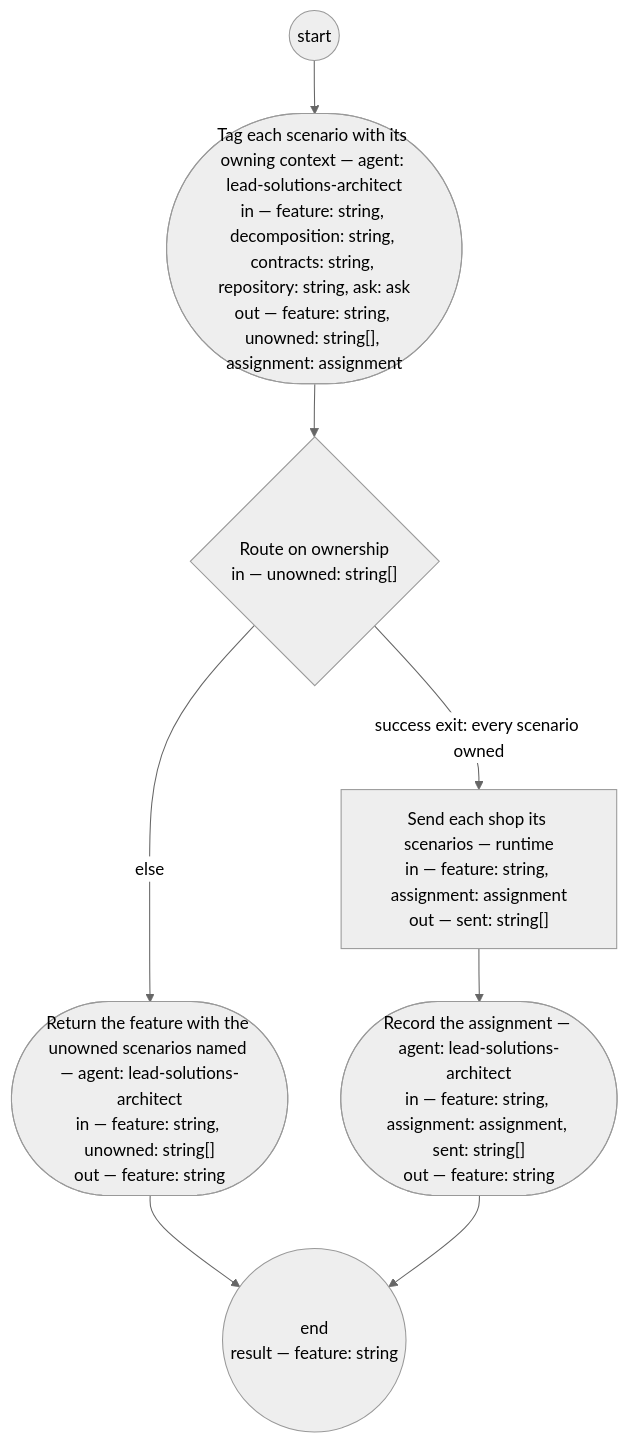
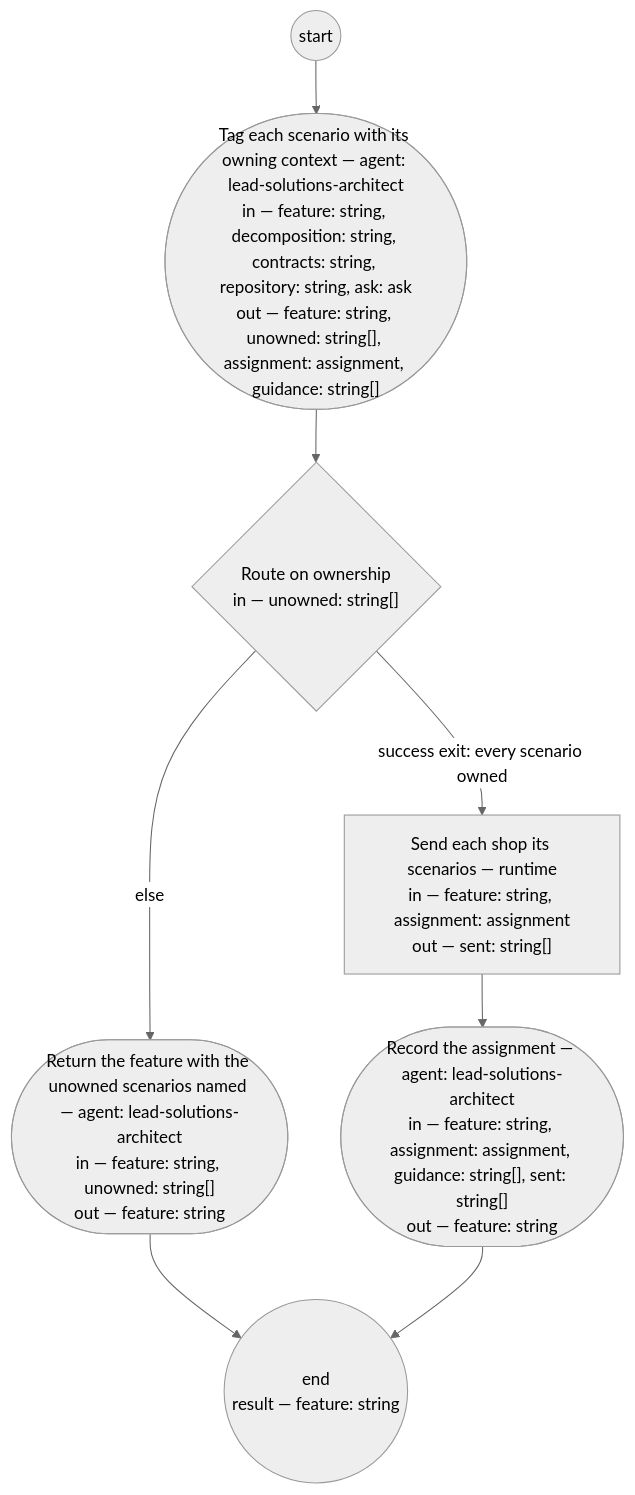
One commit to dstengle/shopsystem-product changed the diagram in .claude/skills/scenario-assignment/SKILL.md. Above: the diagram before and after it, drawn with Mermaid (neutral theme). The commit also changed other lines of this file and 8 other files, not shown here.

````diff
--- a/.claude/skills/scenario-assignment/SKILL.md
+++ b/.claude/skills/scenario-assignment/SKILL.md
@@ -32,16 +32,16 @@
 ```mermaid
 flowchart TD
-  assign(["Tag each scenario with its owning context — agent: lead-solutions-architect<br/>in — feature: string, decomposition: string, contracts: string, repository: string, ask: ask<br/>out — feature: string, unowned: string[], assignment: assignment"])
+  assign(["Tag each scenario with its owning context — agent: lead-solutions-architect<br/>in — feature: string, decomposition: string, contracts: string, repository: string, ask: ask<br/>out — feature: string, unowned: string[], assignment: assignment, guidance: string[]"])
   route{"Route on ownership<br/>in — unowned: string[]"}
   return(["Return the feature with the unowned scenarios named — agent: lead-solutions-architect<br/>in — feature: string, unowned: string[]<br/>out — feature: string"])
   dispatch["Send each shop its scenarios — runtime<br/>in — feature: string, assignment: assignment<br/>out — sent: string[]"]
-  record(["Record the assignment — agent: lead-solutions-architect<br/>in — feature: string, assignment: assignment, sent: string[]<br/>out — feature: string"])
+  record(["Record the assignment — agent: lead-solutions-architect<br/>in — feature: string, assignment: assignment, guidance: string[], sent: string[]<br/>out — feature: string"])
   __end(("end<br/>result — feature: string"))
   __start(("start")) --> assign
   assign --> route
   route -->|success exit: every scenario owned| dispatch
   route -->|else| return
   return --> __end
   dispatch --> record
   record --> __end
 ```
````
